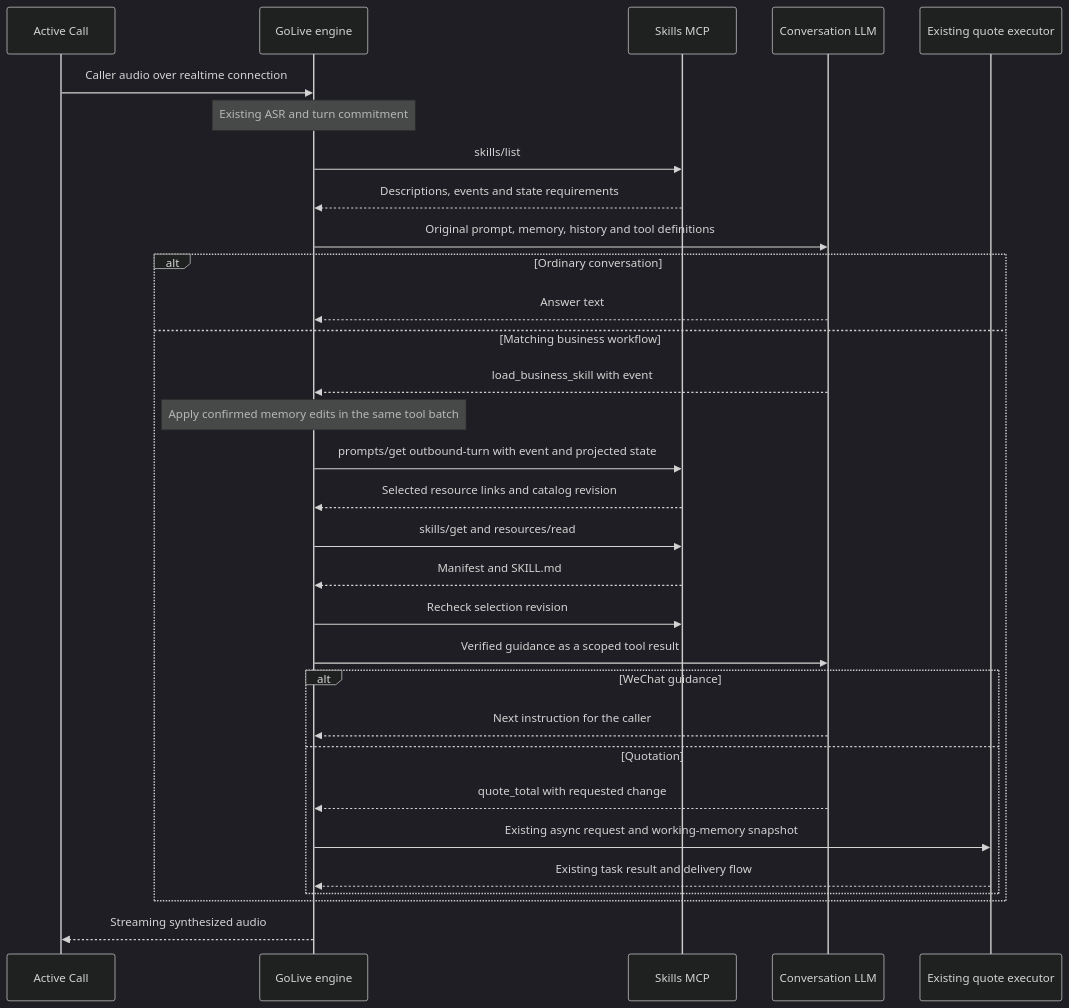
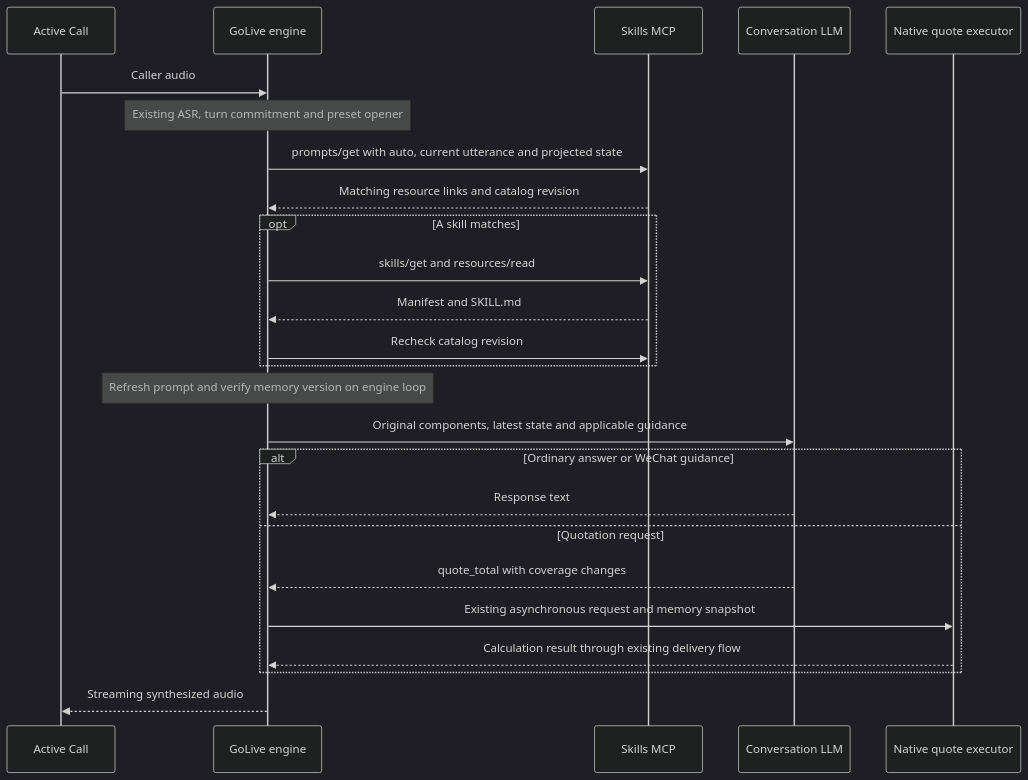
The diagram in docs/architecture/09-skills-prompt-rendering.md (chuanmingliu/full-duplex-go-live), drawn with Mermaid (dark theme) before and after one commit. The commit also changed other lines of this file and 48 other files, not shown here.

````diff
--- a/docs/architecture/09-skills-prompt-rendering.md
+++ b/docs/architecture/09-skills-prompt-rendering.md
@@ -25,33 +24,27 @@
 ```mermaid
 sequenceDiagram
     participant A as Active Call
     participant E as GoLive engine
     participant M as Skills MCP
     participant L as Conversation LLM
-    participant Q as Existing quote executor
-    A->>E: Caller audio over realtime connection
-    Note over E: Existing ASR and turn commitment
-    E->>M: skills/list
-    M-->>E: Descriptions, events and state requirements
-    E->>L: Original prompt, memory, history and tool definitions
-    alt Ordinary conversation
-        L-->>E: Answer text
-    else Matching business workflow
-        L-->>E: load_business_skill with event
-        Note over E: Apply confirmed memory edits in the same tool batch
-        E->>M: prompts/get outbound-turn with event and projected state
-        M-->>E: Selected resource links and catalog revision
+    participant Q as Native quote executor
+    A->>E: Caller audio
+    Note over E: Existing ASR, turn commitment and preset opener
+    E->>M: prompts/get with auto, current utterance and projected state
+    M-->>E: Matching resource links and catalog revision
+    opt A skill matches
         E->>M: skills/get and resources/read
         M-->>E: Manifest and SKILL.md
-        E->>M: Recheck selection revision
-        E->>L: Verified guidance as a scoped tool result
-        alt WeChat guidance
-            L-->>E: Next instruction for the caller
-        else Quotation
-            L-->>E: quote_total with requested change
-            E->>Q: Existing async request and working-memory snapshot
-            Q-->>E: Existing task result and delivery flow
-        end
+        E->>M: Recheck catalog revision
+    end
+    Note over E: Refresh prompt and verify memory version on engine loop
+    E->>L: Original components, latest state and applicable guidance
+    alt Ordinary answer or WeChat guidance
+        L-->>E: Response text
+    else Quotation request
+        L-->>E: quote_total with coverage changes
+        E->>Q: Existing asynchronous request and memory snapshot
+        Q-->>E: Calculation result through existing delivery flow
     end
     E-->>A: Streaming synthesized audio
 ```
````
